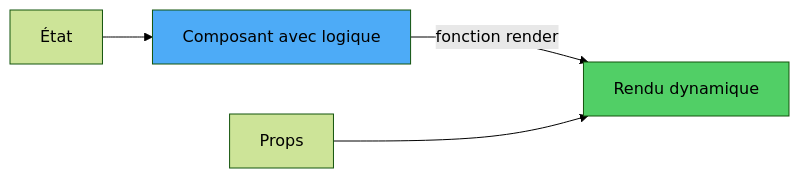
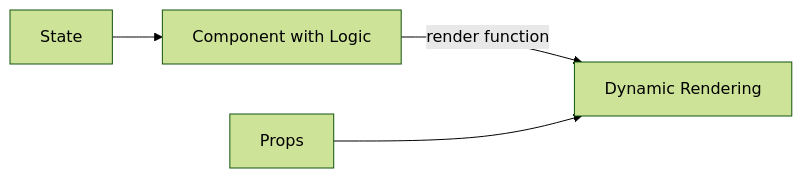
One commit to BabaScience/react-guides changed the ninth of 12 diagrams in arguments/chapters/fr/03-component-patterns-best-practices.md. Above: the diagram before and after it, drawn with Mermaid (forest theme). The commit also changed other lines of this file and 29 other files, not shown here.

First line of the commit message:
Bring React FR/IT translations to full English parity + theme-safe diagrams

````diff
--- a/arguments/chapters/fr/03-component-patterns-best-practices.md
+++ b/arguments/chapters/fr/03-component-patterns-best-practices.md
@@ -317,9 +1678,7 @@
 ```mermaid
 graph LR
-    A[Composant avec logique] -->|fonction render| B[Rendu dynamique]
+    A[Component with Logic] -->|render function| B[Dynamic Rendering]
     C[Props] --> B
-    D[État] --> A
+    D[State] --> A
     
-    style A fill:#4dabf7
-    style B fill:#51cf66
 ```
````
